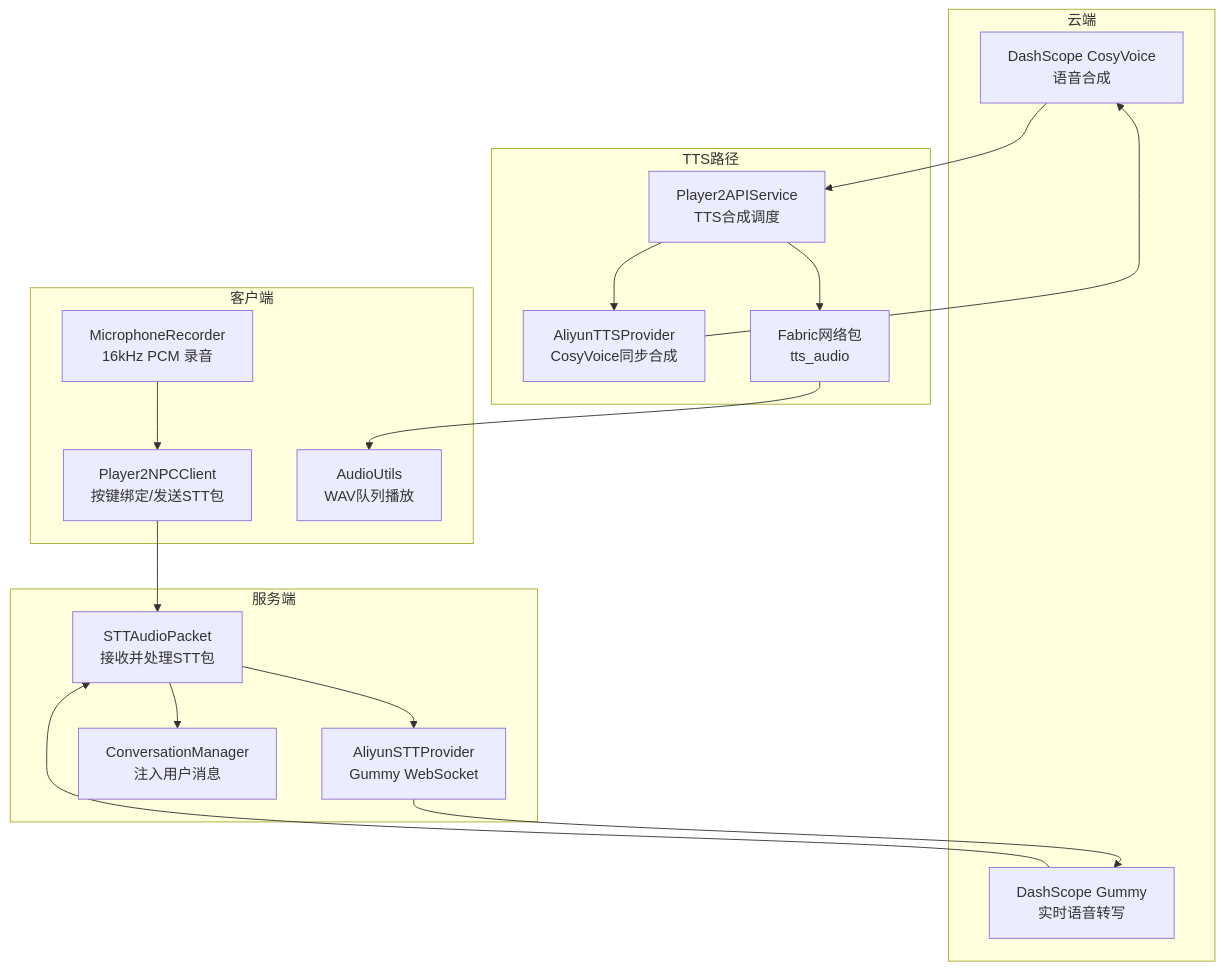
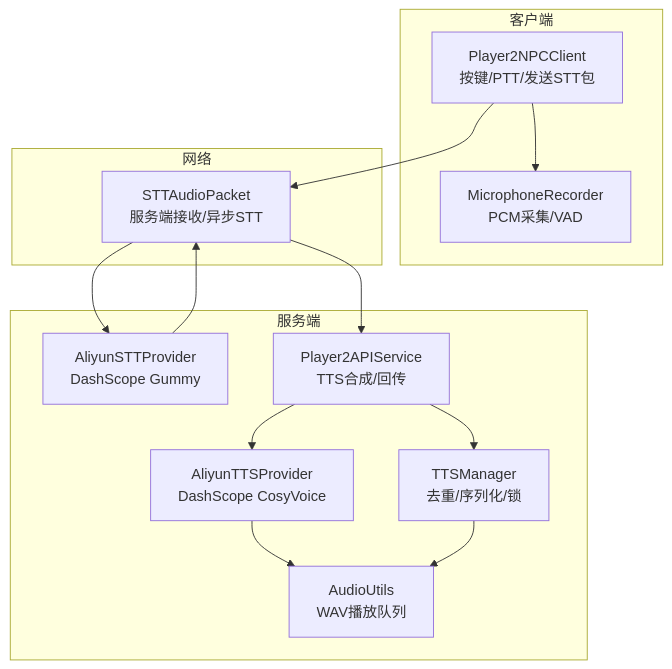
The first of 6 diagrams in .qoder/repowiki/zh/content/语音交互系统/语音交互系统.md (wjartpix/minecraft_ai_play2npc), drawn with Mermaid before and after one commit. The commit also changed other lines of this file and 188 other files, not shown here.

````diff
--- a/.qoder/repowiki/zh/content/语音交互系统/语音交互系统.md
+++ b/.qoder/repowiki/zh/content/语音交互系统/语音交互系统.md
@@ -41,33 +41,26 @@
 ```mermaid
 graph TB
 subgraph "客户端"
-MR["MicrophoneRecorder<br/>16kHz PCM 录音"]
-P2NPC["Player2NPCClient<br/>按键绑定/发送STT包"]
-AU["AudioUtils<br/>WAV队列播放"]
+C1["Player2NPCClient<br/>按键/PTT/发送STT包"]
+C2["MicrophoneRecorder<br/>PCM采集/VAD"]
+end
+subgraph "网络"
+N1["STTAudioPacket<br/>服务端接收/异步STT"]
 end
 subgraph "服务端"
-SAP["STTAudioPacket<br/>接收并处理STT包"]
-STTProv["AliyunSTTProvider<br/>Gummy WebSocket"]
-CM["ConversationManager<br/>注入用户消息"]
+S1["AliyunSTTProvider<br/>DashScope Gummy"]
+S2["Player2APIService<br/>TTS合成/回传"]
+S3["AliyunTTSProvider<br/>DashScope CosyVoice"]
+S4["TTSManager<br/>去重/序列化/锁"]
+S5["AudioUtils<br/>WAV播放队列"]
 end
-subgraph "云端"
-DS["DashScope Gummy<br/>实时语音转写"]
-COSY["DashScope CosyVoice<br/>语音合成"]
-end
-subgraph "TTS路径"
-P2API["Player2APIService<br/>TTS合成调度"]
-TTSProv["AliyunTTSProvider<br/>CosyVoice同步合成"]
-NET["Fabric网络包<br/>tts_audio"]
-end
-MR --> P2NPC
-P2NPC --> SAP
-SAP --> STTProv
-STTProv --> DS
-DS --> SAP
-SAP --> CM
-P2API --> TTSProv
-TTSProv --> COSY
-COSY --> P2API
-P2API --> NET
-NET --> AU
+C1 --> C2
+C1 --> N1
+N1 --> S1
+S1 --> N1
+N1 --> S2
+S2 --> S3
+S3 --> S5
+S2 --> S4
+S4 --> S5
 ```
````
